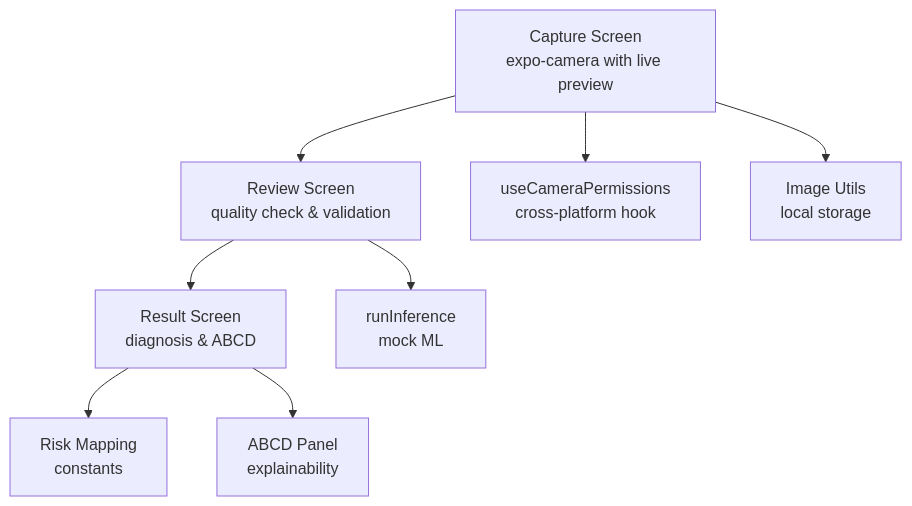
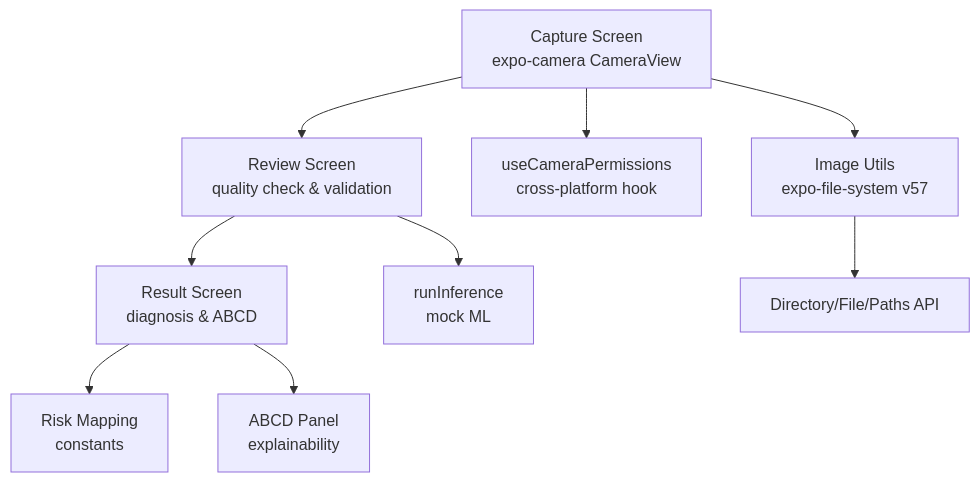
Before and after one commit to AdeelTahir-SE/DermSight: the first of 9 diagrams in .qoder/repowiki/en/content/Camera Integration.md, drawn with Mermaid. The commit also changed other lines of this file and 19 other files, not shown here.

````diff
--- a/.qoder/repowiki/en/content/Camera Integration.md
+++ b/.qoder/repowiki/en/content/Camera Integration.md
@@ -52,10 +50,11 @@
 ```mermaid
 graph TB
-Capture["Capture Screen<br/>expo-camera with live preview"] --> Review["Review Screen<br/>quality check & validation"]
+Capture["Capture Screen<br/>expo-camera CameraView"] --> Review["Review Screen<br/>quality check & validation"]
 Review --> Result["Result Screen<br/>diagnosis & ABCD"]
 Capture --> Permissions["useCameraPermissions<br/>cross-platform hook"]
 Review --> Inference["runInference<br/>mock ML"]
-Capture --> Images["Image Utils<br/>local storage"]
+Capture --> Images["Image Utils<br/>expo-file-system v57"]
 Result --> Risk["Risk Mapping<br/>constants"]
 Result --> ABCD["ABCD Panel<br/>explainability"]
+Images --> FileSystem["Directory/File/Paths API"]
 ```
````
